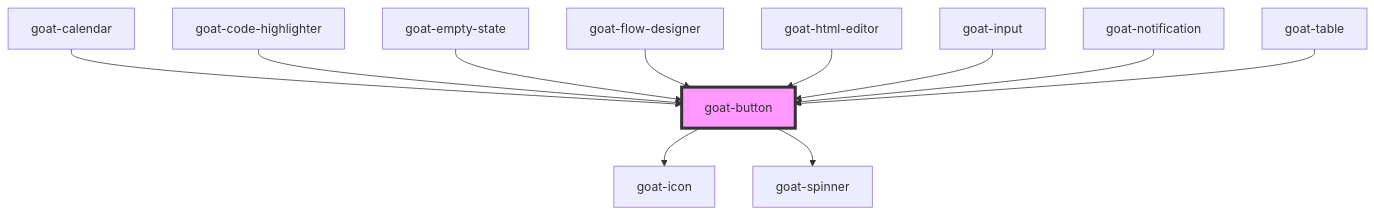
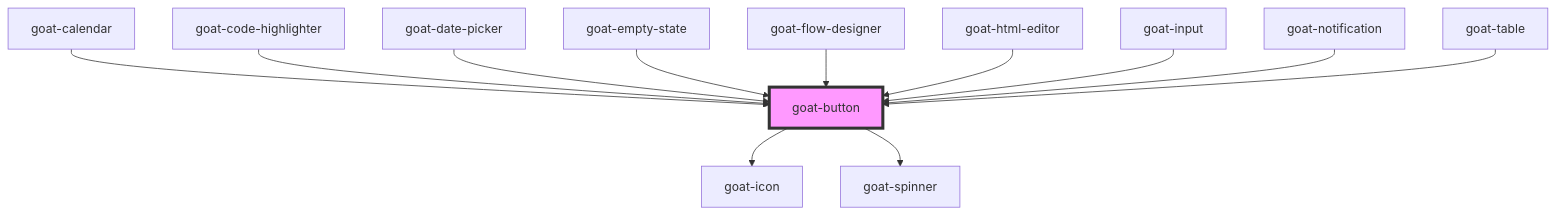
One commit to goatui/components changed the diagram in src/components/general/button/readme.md. Above: the diagram before and after it, drawn with Mermaid. The commit also changed other lines of this file and 4 other files, not shown here.

````diff
--- a/src/components/general/button/readme.md
+++ b/src/components/general/button/readme.md
@@ -88,14 +89,15 @@
 ```mermaid
 graph TD;
   goat-button --> goat-icon
   goat-button --> goat-spinner
   goat-calendar --> goat-button
   goat-code-highlighter --> goat-button
+  goat-date-picker --> goat-button
   goat-empty-state --> goat-button
   goat-flow-designer --> goat-button
   goat-html-editor --> goat-button
   goat-input --> goat-button
   goat-notification --> goat-button
   goat-table --> goat-button
   style goat-button fill:#f9f,stroke:#333,stroke-width:4px
 ```
````
